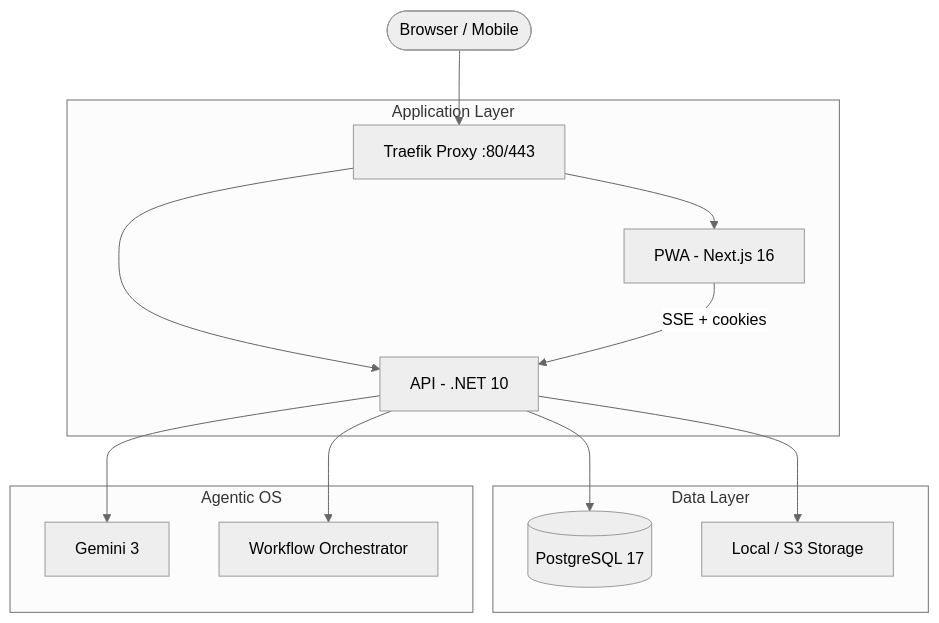
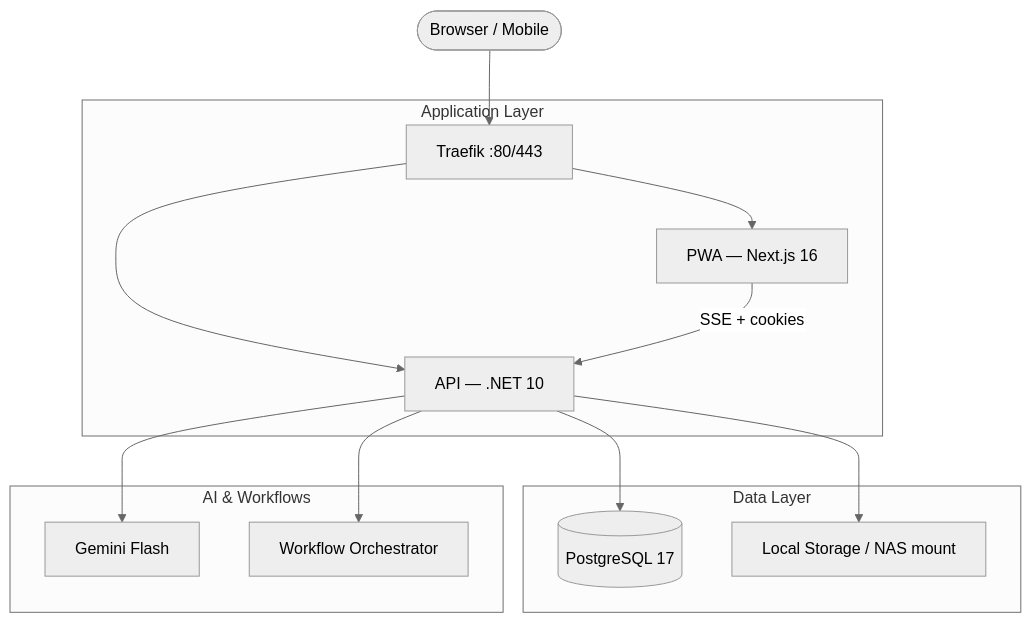
Before and after one commit to AlexandreBrisebois/whats-for-supper: the diagram in README.md, drawn with Mermaid (neutral theme). The commit also changed other lines of this file and 2 other files, not shown here.

````diff
--- a/README.md
+++ b/README.md
@@ -15,21 +52,21 @@
 ```mermaid
 graph TD
-    User([Browser / Mobile]) --> Traefik[Traefik Proxy :80/443]
+    User([Browser / Mobile]) --> Traefik[Traefik :80/443]
 
     subgraph "Application Layer"
-        Traefik --> PWA[PWA - Next.js 16]
-        Traefik --> API[API - .NET 10]
+        Traefik --> PWA[PWA — Next.js 16]
+        Traefik --> API[API — .NET 10]
     end
 
     subgraph "Data Layer"
         API --> DB[(PostgreSQL 17)]
-        API --> Storage[Local / S3 Storage]
+        API --> Storage[Local Storage / NAS mount]
     end
 
-    subgraph "Agentic OS"
-        API --> Gemini[Gemini 3]
+    subgraph "AI & Workflows"
+        API --> Gemini[Gemini Flash]
         API --> Workflow[Workflow Orchestrator]
     end
 
     PWA -- SSE + cookies --> API
 ```
````
